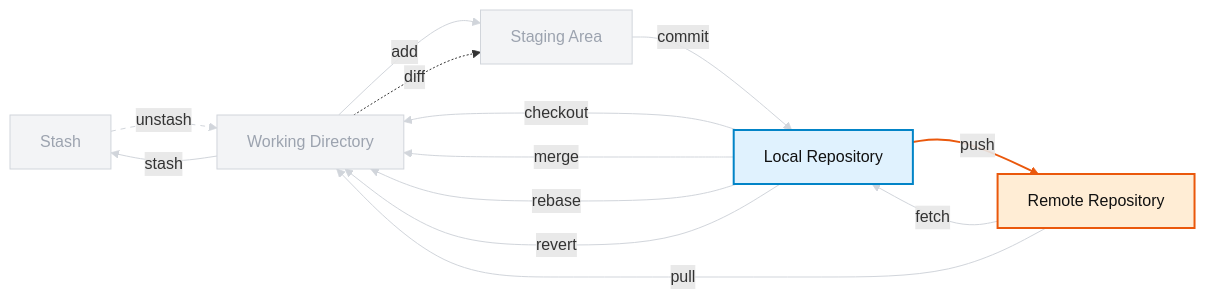
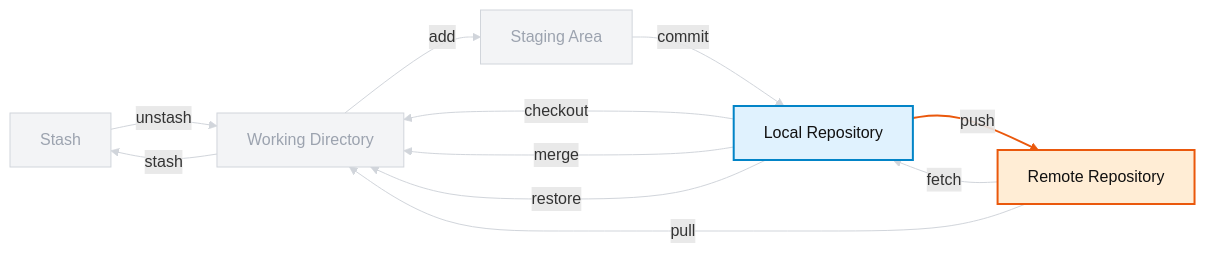
The sixth of 8 diagrams in git_1/README.md (iannickgagnon/sagedays_iannick_2026), drawn with Mermaid before and after one commit. The commit also changed other lines of this file, not shown here.

Commit message:
docs: Update diagrams

````diff
--- a/git_1/README.md
+++ b/git_1/README.md
@@ -357,40 +341,37 @@
 ```mermaid
 flowchart LR
 
     classDef local fill:#e0f2fe,stroke:#0284c7,stroke-width:2px,color:#111111;
     classDef remote fill:#ffedd5,stroke:#ea580c,stroke-width:2px,color:#111111;
     classDef faded fill:#f3f4f6,stroke:#d1d5db,stroke-width:1px,color:#9ca3af;
 
     ST[Stash]:::faded
     WD[Working Directory]:::faded
     SA[Staging Area]:::faded
     LR[Local Repository]:::local
     RR[Remote Repository]:::remote
 
     LR -->|push| RR
 
     WD -->|add| SA
     SA -->|commit| LR
     RR -->|fetch| LR
     RR -->|pull| WD
     LR -->|checkout| WD
     LR -->|merge| WD
-    LR -->|rebase| WD
-    LR -->|revert| WD
+    LR -->|restore| WD
     WD -->|stash| ST
     ST -->|unstash| WD
-    WD -.->|diff| SA
 
     linkStyle 0 stroke:#ea580c,stroke-width:2px;
 
     linkStyle 1 stroke:#d1d5db,stroke-width:1px;
     linkStyle 2 stroke:#d1d5db,stroke-width:1px;
     linkStyle 3 stroke:#d1d5db,stroke-width:1px;
     linkStyle 4 stroke:#d1d5db,stroke-width:1px;
     linkStyle 5 stroke:#d1d5db,stroke-width:1px;
     linkStyle 6 stroke:#d1d5db,stroke-width:1px;
     linkStyle 7 stroke:#d1d5db,stroke-width:1px;
     linkStyle 8 stroke:#d1d5db,stroke-width:1px;
     linkStyle 9 stroke:#d1d5db,stroke-width:1px;
-    linkStyle 10 stroke:#d1d5db,stroke-width:1px,stroke-dasharray: 5 5;
 ```
````
